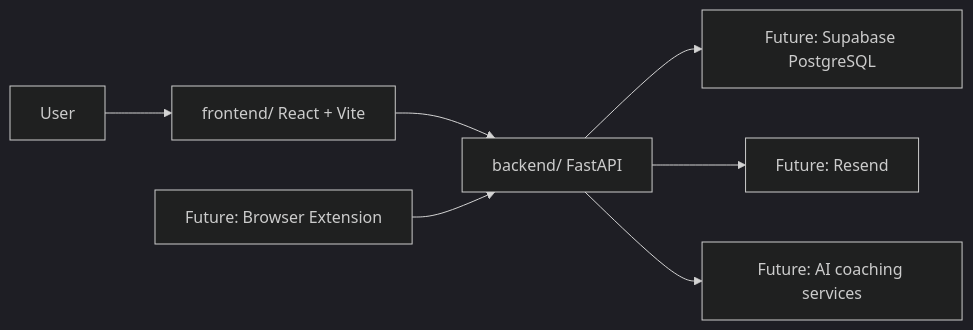
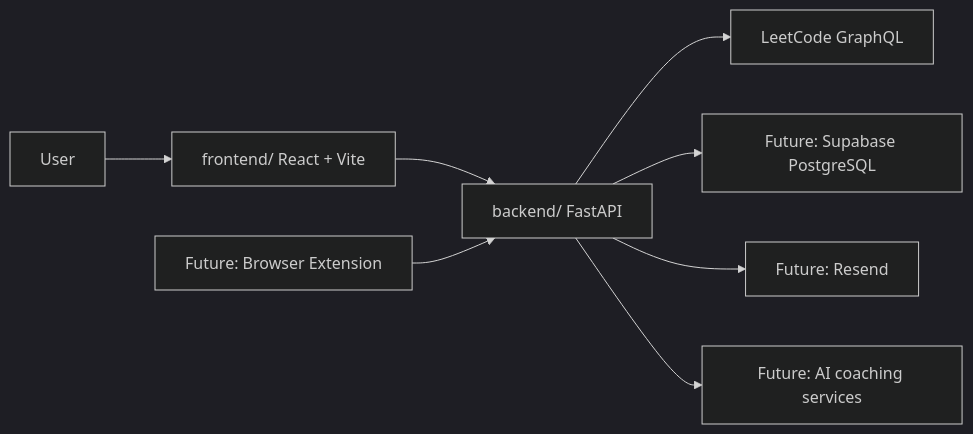
Before and after one commit to kprashanth01/leettrack: the diagram in docs/architecture.md, drawn with Mermaid (dark theme). The commit also changed other lines of this file and 11 other files, not shown here.

Commit message:
feat(backend): sync recent LeetCode submissions

````diff
--- a/docs/architecture.md
+++ b/docs/architecture.md
@@ -5,10 +5,11 @@
 ```mermaid
 flowchart LR
   User["User"] --> Frontend["frontend/ React + Vite"]
   Frontend --> Backend["backend/ FastAPI"]
+  Backend --> LeetCode["LeetCode GraphQL"]
   Backend --> FutureDatabase["Future: Supabase PostgreSQL"]
   Backend --> FutureEmail["Future: Resend"]
   Backend --> FutureAI["Future: AI coaching services"]
 
   Extension["Future: Browser Extension"] --> Backend
 ```
````
